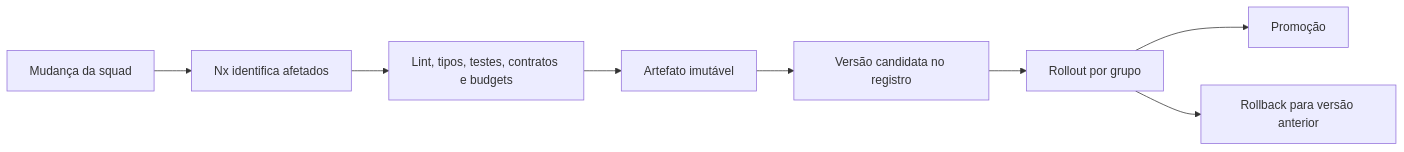
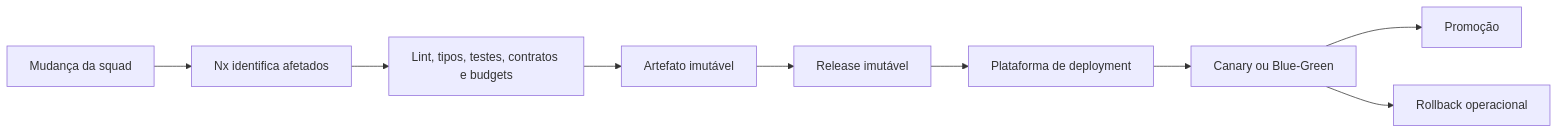
One commit to gustavobpaula/portal-people changed the third of 6 diagrams in docs/PROPOSTA-TECNICA.md. Above: the diagram before and after it, drawn with Mermaid. The commit also changed other lines of this file and 7 other files, not shown here.

````diff
--- a/docs/PROPOSTA-TECNICA.md
+++ b/docs/PROPOSTA-TECNICA.md
@@ -147,10 +149,11 @@
 ```mermaid
 flowchart LR
     Change["Mudança da squad"] --> Affected["Nx identifica afetados"]
     Affected --> Gates["Lint, tipos, testes, contratos e budgets"]
     Gates --> Artifact["Artefato imutável"]
-    Artifact --> Candidate["Versão candidata no registro"]
-    Candidate --> Rollout["Rollout por grupo"]
+    Artifact --> Release["Release imutável"]
+    Release --> Deploy["Plataforma de deployment"]
+    Deploy --> Rollout["Canary ou Blue-Green"]
     Rollout --> Promote["Promoção"]
-    Rollout --> Rollback["Rollback para versão anterior"]
+    Rollout --> Rollback["Rollback operacional"]
 ```
````
